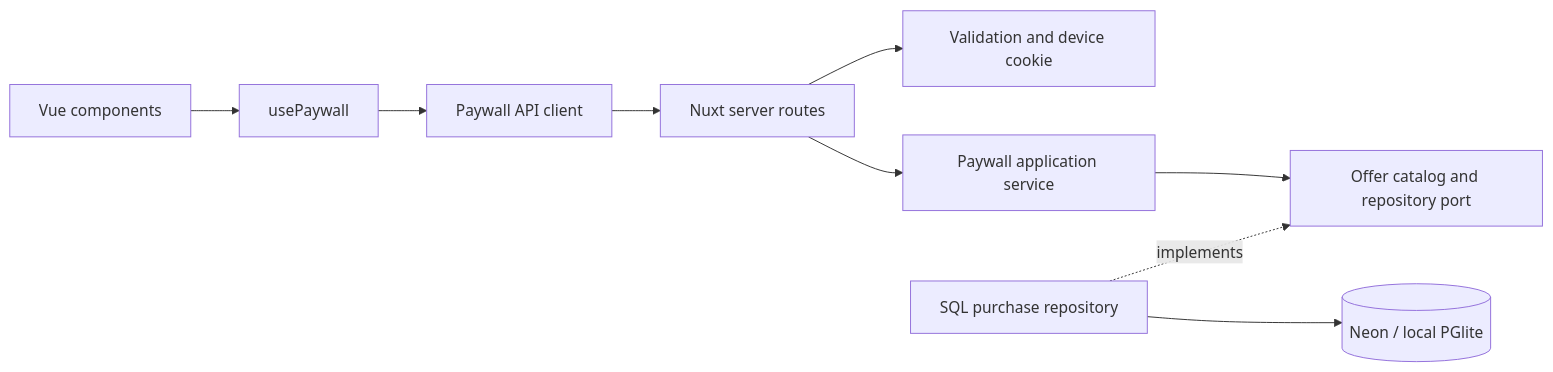
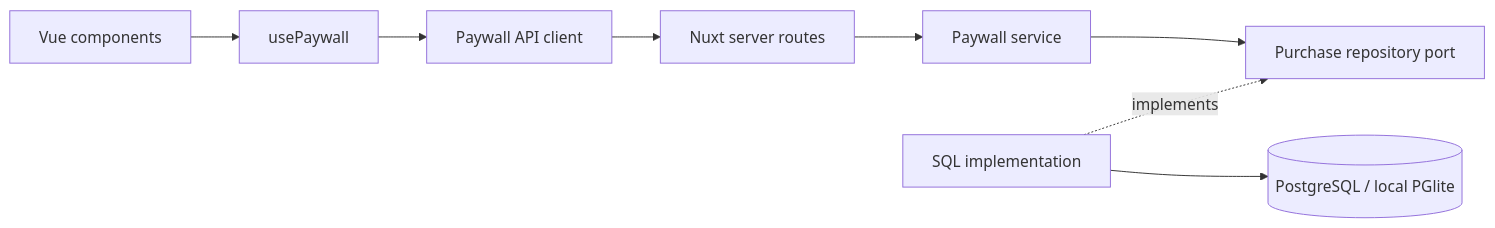
Before and after one commit to Echi4ok/lumi-paywall: the diagram in docs/ARCHITECTURE.md, drawn with Mermaid. The commit also changed other lines of this file and 8 other files, not shown here.

````diff
--- a/docs/ARCHITECTURE.md
+++ b/docs/ARCHITECTURE.md
@@ -5,11 +5,10 @@
 ```mermaid
 flowchart LR
   UI[Vue components] --> State[usePaywall]
   State --> Client[Paywall API client]
   Client --> Routes[Nuxt server routes]
-  Routes --> HTTP[Validation and device cookie]
-  Routes --> App[Paywall application service]
-  App --> Domain[Offer catalog and repository port]
-  SQL[SQL purchase repository] -. implements .-> Domain
-  SQL --> DB[(Neon / local PGlite)]
+  Routes --> Service[Paywall service]
+  Service --> Repository[Purchase repository port]
+  SQL[SQL implementation] -. implements .-> Repository
+  SQL --> DB[(PostgreSQL / local PGlite)]
 ```
````
